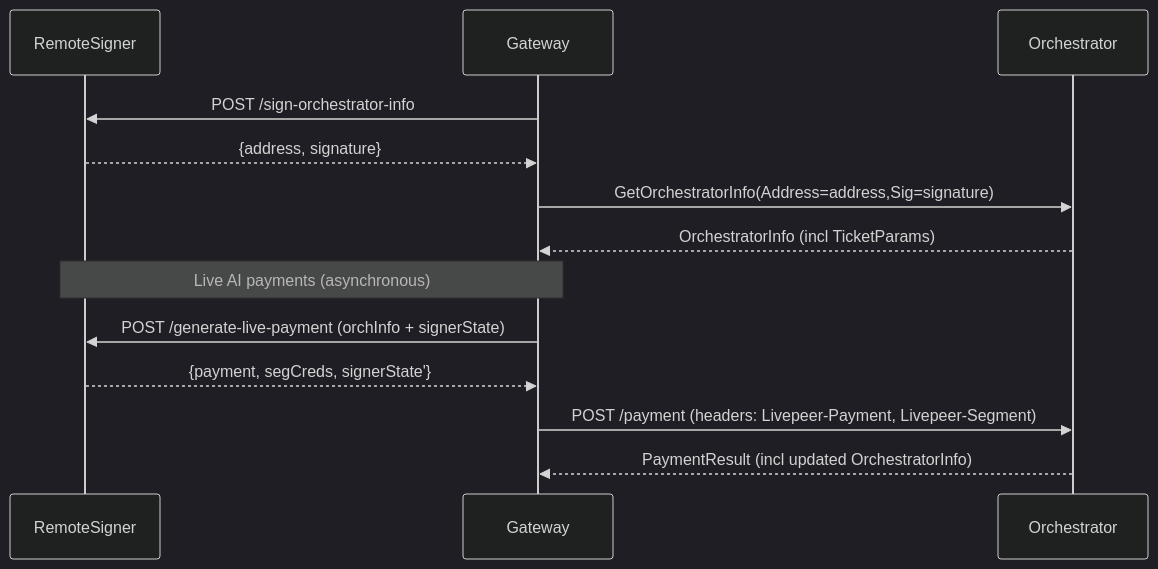
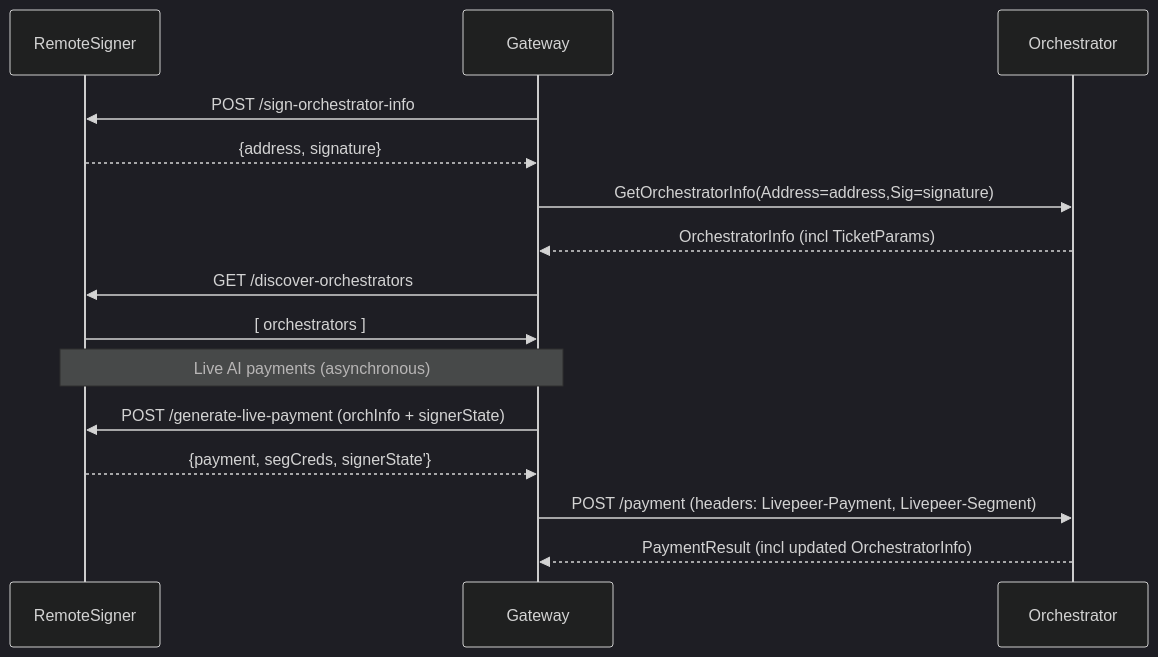
Before and after one commit to livepeer/go-livepeer: the diagram in doc/remote-signer.md, drawn with Mermaid (dark theme). The commit also changed other lines of this file and 13 other files, not shown here.

````diff
--- a/doc/remote-signer.md
+++ b/doc/remote-signer.md
@@ -23,17 +21,20 @@
 ```mermaid
 sequenceDiagram
   participant RemoteSigner as RemoteSigner
   participant Gateway as Gateway
   participant Orchestrator as Orchestrator
 
   Gateway->>RemoteSigner: POST /sign-orchestrator-info
   RemoteSigner-->>Gateway: {address, signature}
   Gateway->>Orchestrator: GetOrchestratorInfo(Address=address,Sig=signature)
   Orchestrator-->>Gateway: OrchestratorInfo (incl TicketParams)
 
+  Gateway->>RemoteSigner: GET /discover-orchestrators
+  RemoteSigner->>Gateway: [ orchestrators ]
+
   Note over Gateway,RemoteSigner: Live AI payments (asynchronous)
   Gateway->>RemoteSigner: POST /generate-live-payment (orchInfo + signerState)
   RemoteSigner-->>Gateway: {payment, segCreds, signerState'}
   Gateway->>Orchestrator: POST /payment (headers: Livepeer-Payment, Livepeer-Segment)
   Orchestrator-->>Gateway: PaymentResult (incl updated OrchestratorInfo)
 ```
````
